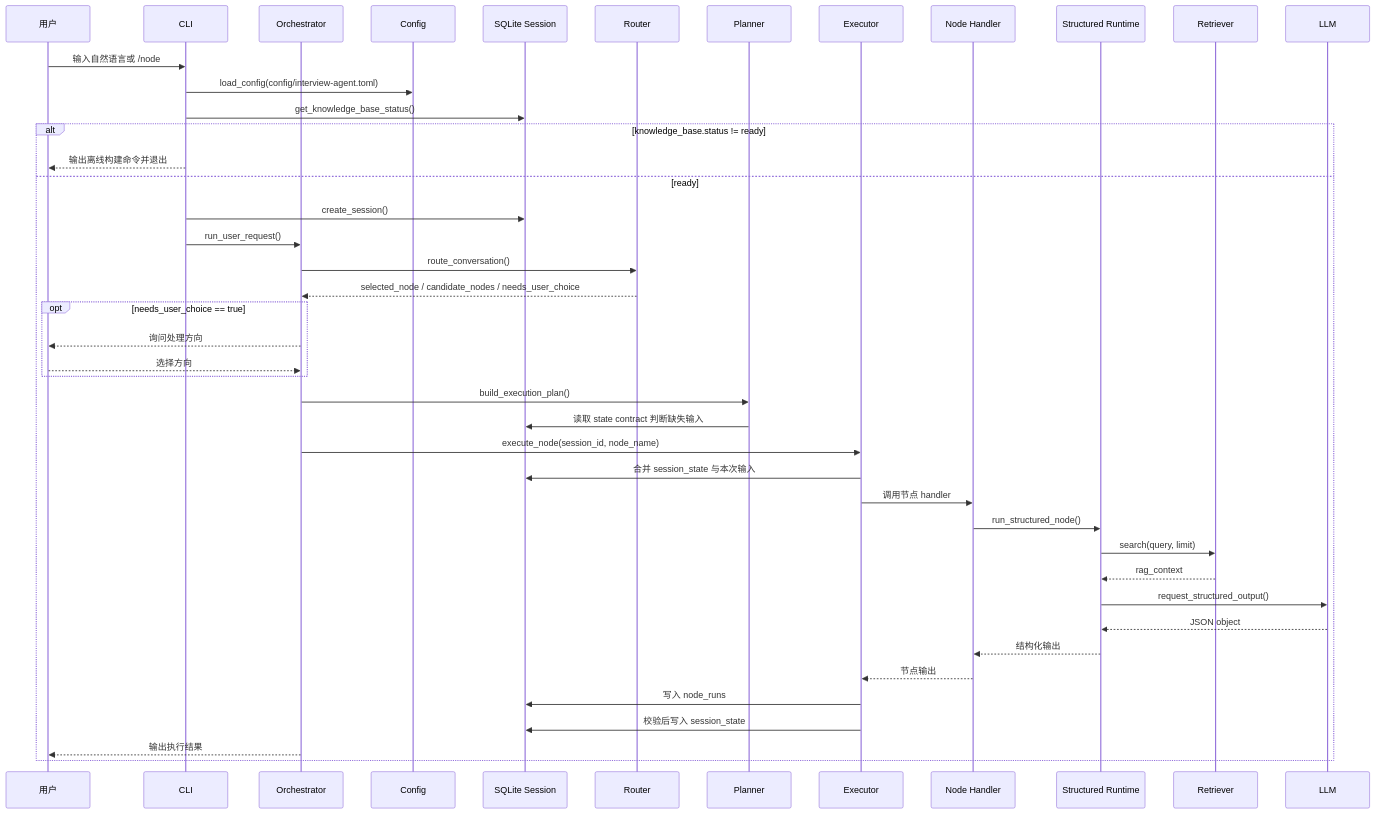
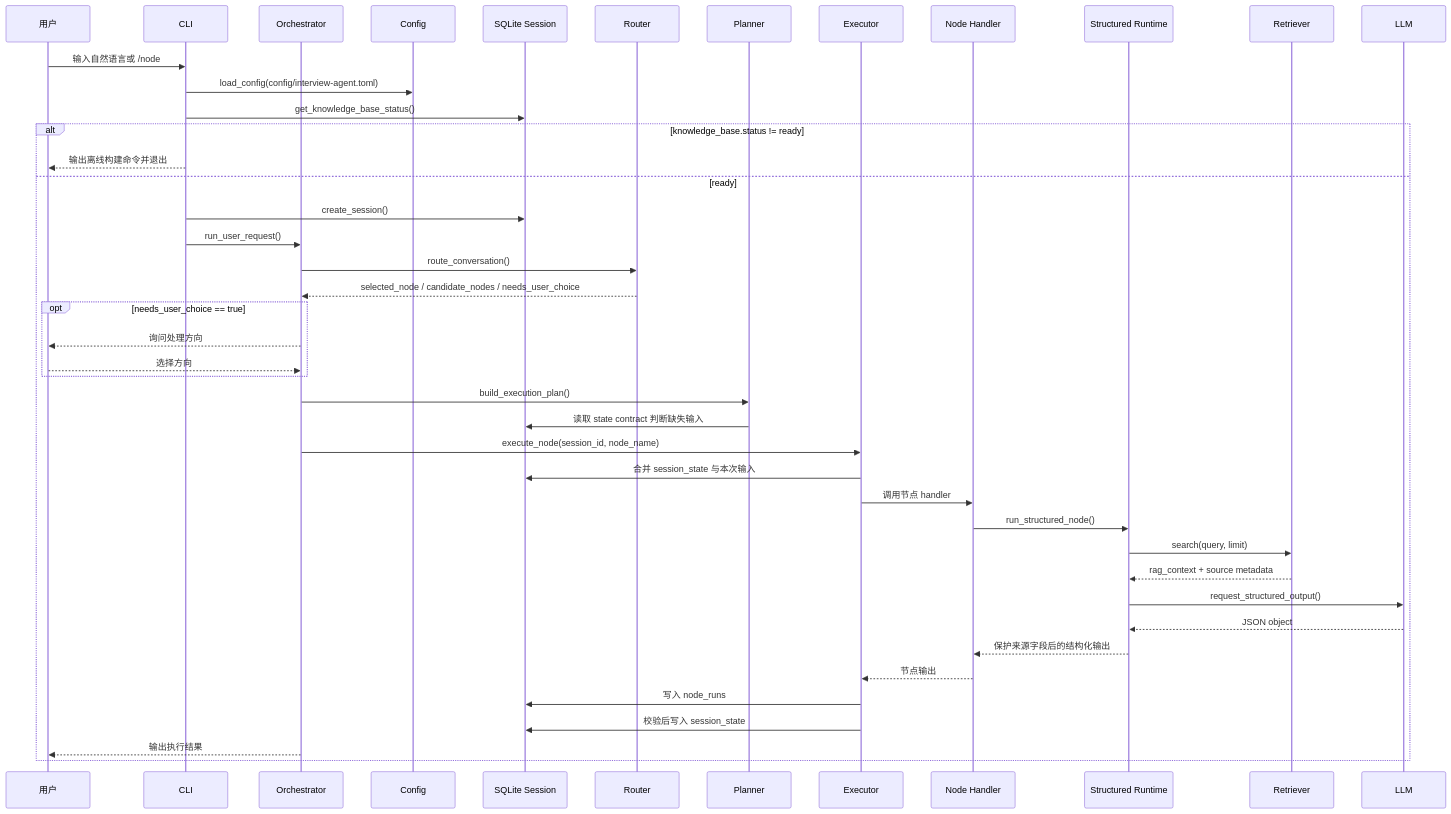
One commit to kaomianjin2/resume-agent changed the second of 4 diagrams in docs/architecture.md. Above: the diagram before and after it, drawn with Mermaid. The commit also changed other lines of this file and 3 other files, not shown here.

````diff
--- a/docs/architecture.md
+++ b/docs/architecture.md
@@ -63,46 +63,46 @@
 ```mermaid
 sequenceDiagram
     participant U as 用户
     participant CLI as CLI
     participant O as Orchestrator
     participant C as Config
     participant S as SQLite Session
     participant R as Router
     participant P as Planner
     participant E as Executor
     participant N as Node Handler
     participant A as Structured Runtime
     participant K as Retriever
     participant L as LLM
 
     U->>CLI: 输入自然语言或 /node
     CLI->>C: load_config(config/interview-agent.toml)
     CLI->>S: get_knowledge_base_status()
     alt knowledge_base.status != ready
         CLI-->>U: 输出离线构建命令并退出
     else ready
         CLI->>S: create_session()
         CLI->>O: run_user_request()
         O->>R: route_conversation()
         R-->>O: selected_node / candidate_nodes / needs_user_choice
         opt needs_user_choice == true
             O-->>U: 询问处理方向
             U-->>O: 选择方向
         end
         O->>P: build_execution_plan()
         P->>S: 读取 state contract 判断缺失输入
         O->>E: execute_node(session_id, node_name)
         E->>S: 合并 session_state 与本次输入
         E->>N: 调用节点 handler
         N->>A: run_structured_node()
         A->>K: search(query, limit)
-        K-->>A: rag_context
+        K-->>A: rag_context + source metadata
         A->>L: request_structured_output()
         L-->>A: JSON object
-        A-->>N: 结构化输出
+        A-->>N: 保护来源字段后的结构化输出
         N-->>E: 节点输出
         E->>S: 写入 node_runs
         E->>S: 校验后写入 session_state
         O-->>U: 输出执行结果
     end
 ```
````
